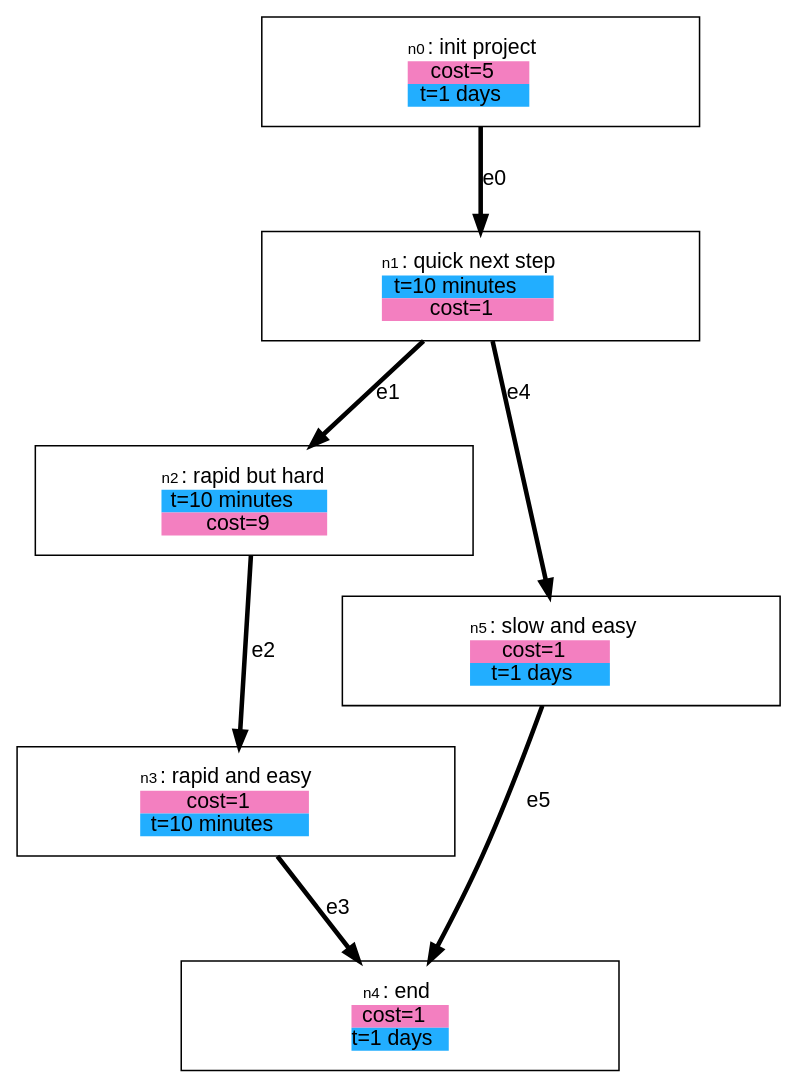
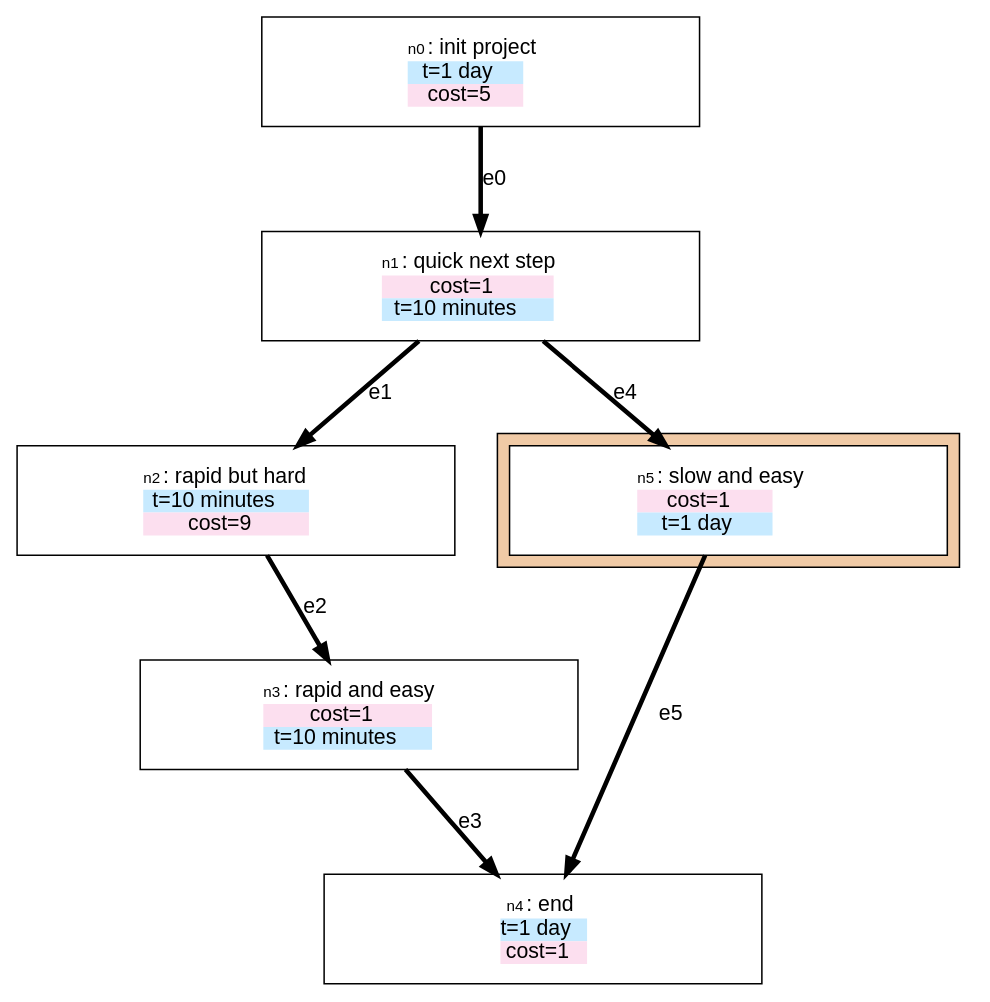
One commit to stevecooperorg/microdot changed the diagram in examples/variables.dot. Above: the diagram before and after it, drawn with Graphviz. The commit also changed 13 other files, not shown here.

```diff
--- a/examples/variables.dot
+++ b/examples/variables.dot
@@ -1,117 +1,121 @@
 digraph {
 
     graph [fontname = "helvetica" rankdir="TB" ranksep=0.75 nodesep=0.5];
     node [fontname = "helvetica" shape = "box" width=2.5 style=filled];
     edge [fontname = "helvetica" penwidth=3 color="#000000"];
 
     n0 [width=4 height=1 label=< <TABLE BORDER="0" CELLPADDING="0" CELLSPACING="0">
     <TR>
         <TD COLSPAN="2"><FONT POINT-SIZE="10">n0</FONT>: init project</TD>
     </TR>
     
         
            <TR>
-<TD BGCOLOR="#F37FC0"><FONT COLOR="#000000">cost=5</FONT></TD>
+<TD BGCOLOR="#C7EAFF"><FONT COLOR="#000000">t=1 day</FONT></TD>
 </TR>
         
            <TR>
-<TD BGCOLOR="#22AEFF"><FONT COLOR="#000000">t=1 days</FONT></TD>
+<TD BGCOLOR="#FCDFEF"><FONT COLOR="#000000">cost=5</FONT></TD>
 </TR>
         
     
    </TABLE>
 > fillcolor="#FFFFFF"]
     n1 [width=4 height=1 label=< <TABLE BORDER="0" CELLPADDING="0" CELLSPACING="0">
     <TR>
         <TD COLSPAN="2"><FONT POINT-SIZE="10">n1</FONT>: quick next step</TD>
     </TR>
     
         
            <TR>
-<TD BGCOLOR="#22AEFF"><FONT COLOR="#000000">t=10 minutes</FONT></TD>
+<TD BGCOLOR="#FCDFEF"><FONT COLOR="#000000">cost=1</FONT></TD>
 </TR>
         
            <TR>
-<TD BGCOLOR="#F37FC0"><FONT COLOR="#000000">cost=1</FONT></TD>
+<TD BGCOLOR="#C7EAFF"><FONT COLOR="#000000">t=10 minutes</FONT></TD>
 </TR>
         
     
    </TABLE>
 > fillcolor="#FFFFFF"]
     n2 [width=4 height=1 label=< <TABLE BORDER="0" CELLPADDING="0" CELLSPACING="0">
     <TR>
         <TD COLSPAN="2"><FONT POINT-SIZE="10">n2</FONT>: rapid but hard</TD>
     </TR>
     
         
            <TR>
-<TD BGCOLOR="#22AEFF"><FONT COLOR="#000000">t=10 minutes</FONT></TD>
+<TD BGCOLOR="#C7EAFF"><FONT COLOR="#000000">t=10 minutes</FONT></TD>
 </TR>
         
            <TR>
-<TD BGCOLOR="#F37FC0"><FONT COLOR="#000000">cost=9</FONT></TD>
+<TD BGCOLOR="#FCDFEF"><FONT COLOR="#000000">cost=9</FONT></TD>
 </TR>
         
     
    </TABLE>
 > fillcolor="#FFFFFF"]
     n3 [width=4 height=1 label=< <TABLE BORDER="0" CELLPADDING="0" CELLSPACING="0">
     <TR>
         <TD COLSPAN="2"><FONT POINT-SIZE="10">n3</FONT>: rapid and easy</TD>
     </TR>
     
         
            <TR>
-<TD BGCOLOR="#F37FC0"><FONT COLOR="#000000">cost=1</FONT></TD>
+<TD BGCOLOR="#FCDFEF"><FONT COLOR="#000000">cost=1</FONT></TD>
 </TR>
         
            <TR>
-<TD BGCOLOR="#22AEFF"><FONT COLOR="#000000">t=10 minutes</FONT></TD>
+<TD BGCOLOR="#C7EAFF"><FONT COLOR="#000000">t=10 minutes</FONT></TD>
 </TR>
         
     
    </TABLE>
 > fillcolor="#FFFFFF"]
     n4 [width=4 height=1 label=< <TABLE BORDER="0" CELLPADDING="0" CELLSPACING="0">
     <TR>
         <TD COLSPAN="2"><FONT POINT-SIZE="10">n4</FONT>: end</TD>
     </TR>
     
         
            <TR>
-<TD BGCOLOR="#F37FC0"><FONT COLOR="#000000">cost=1</FONT></TD>
+<TD BGCOLOR="#C7EAFF"><FONT COLOR="#000000">t=1 day</FONT></TD>
 </TR>
         
            <TR>
-<TD BGCOLOR="#22AEFF"><FONT COLOR="#000000">t=1 days</FONT></TD>
+<TD BGCOLOR="#FCDFEF"><FONT COLOR="#000000">cost=1</FONT></TD>
 </TR>
         
     
    </TABLE>
 > fillcolor="#FFFFFF"]
+  subgraph cluster_SG_SUBGRAPH {
+
+  bgcolor="#F0CAA6"
     n5 [width=4 height=1 label=< <TABLE BORDER="0" CELLPADDING="0" CELLSPACING="0">
     <TR>
         <TD COLSPAN="2"><FONT POINT-SIZE="10">n5</FONT>: slow and easy</TD>
     </TR>
     
         
            <TR>
-<TD BGCOLOR="#F37FC0"><FONT COLOR="#000000">cost=1</FONT></TD>
+<TD BGCOLOR="#FCDFEF"><FONT COLOR="#000000">cost=1</FONT></TD>
 </TR>
         
            <TR>
-<TD BGCOLOR="#22AEFF"><FONT COLOR="#000000">t=1 days</FONT></TD>
+<TD BGCOLOR="#C7EAFF"><FONT COLOR="#000000">t=1 day</FONT></TD>
 </TR>
         
     
    </TABLE>
 > fillcolor="#FFFFFF"]
+  }
 
     "n0" -> "n1" [label="e0"];
     "n1" -> "n2" [label="e1"];
     "n2" -> "n3" [label="e2"];
     "n3" -> "n4" [label="e3"];
     "n1" -> "n5" [label="e4"];
     "n5" -> "n4" [label="e5"];
 
 }
```
